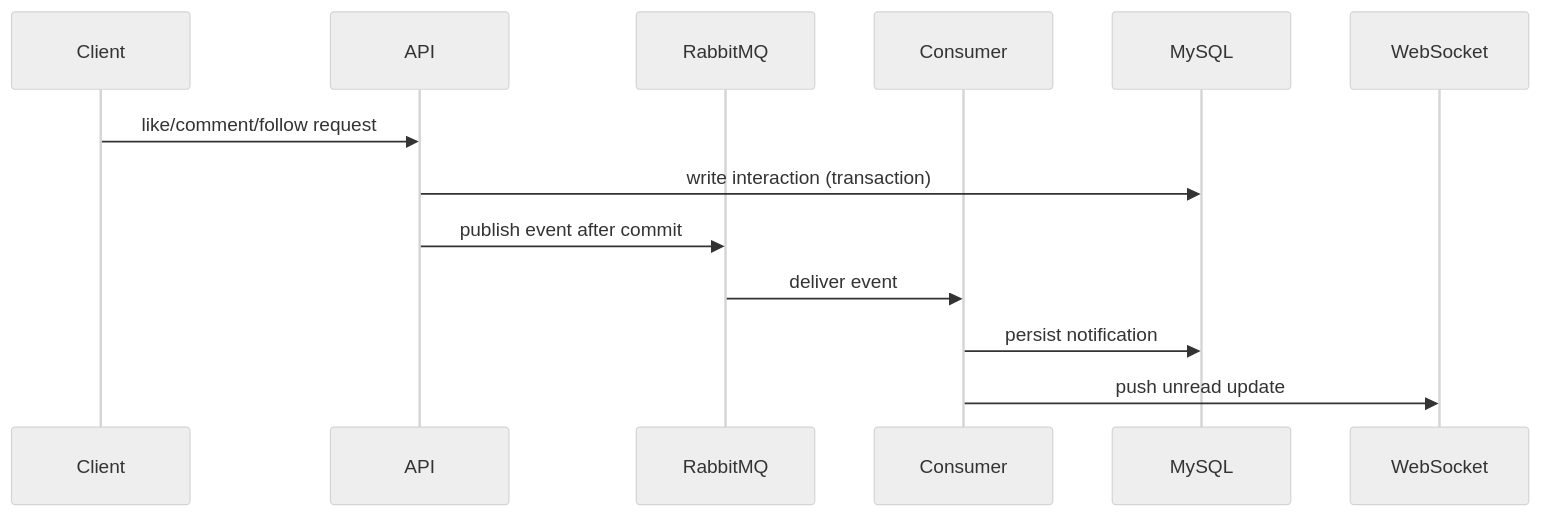
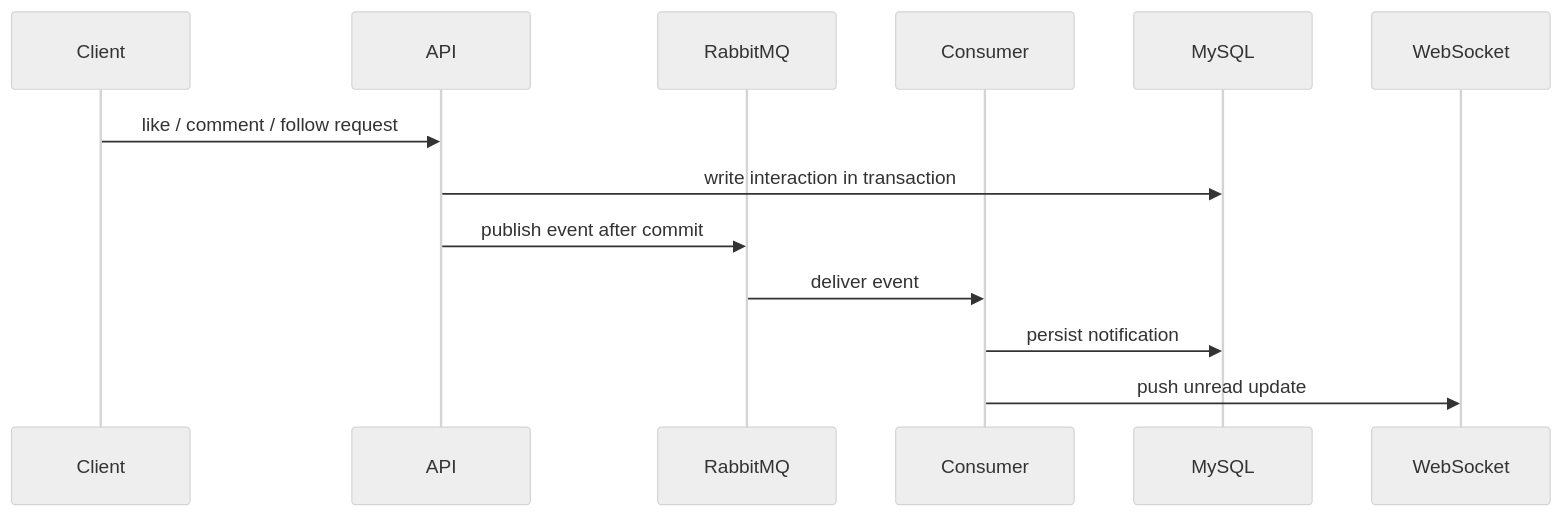
Before and after one commit to Kylan-Yu/devflow: the fourth of 5 diagrams in docs/ARCHITECTURE_DIAGRAM.md, drawn with Mermaid (neutral theme). The commit also changed other lines of this file and 183 other files, not shown here.

````diff
--- a/docs/ARCHITECTURE_DIAGRAM.md
+++ b/docs/ARCHITECTURE_DIAGRAM.md
@@ -80,16 +88,16 @@
 ```mermaid
 sequenceDiagram
   participant Client
   participant API
   participant RabbitMQ
   participant Consumer
   participant MySQL
   participant WebSocket
 
-  Client->>API: like/comment/follow request
-  API->>MySQL: write interaction (transaction)
+  Client->>API: like / comment / follow request
+  API->>MySQL: write interaction in transaction
   API->>RabbitMQ: publish event after commit
   RabbitMQ->>Consumer: deliver event
   Consumer->>MySQL: persist notification
   Consumer->>WebSocket: push unread update
 ```
````
